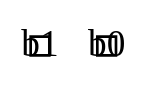
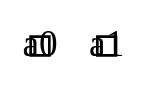
Before and after one commit to stefanrinderle/SoftViz3D: the diagram in protected/runtime/temp.dot, drawn with Graphviz. The commit also changed 3 other files, not shown here.

```diff
--- a/protected/runtime/temp.dot
+++ b/protected/runtime/temp.dot
@@ -1,4 +1,4 @@
 digraph G {
-    b1 [ shape=rectangle,width=0.1,height=0.1,fixedsize=true,id=22782,type=1,metric1="",metric2="" ];
-    b0 [ shape=rectangle,width=0.1,height=0.1,fixedsize=true,id=22781,type=1,metric1="",metric2="" ];
+    a0 [ shape=rectangle,width=0.1,height=0.1,fixedsize=true,id=22819,type=1,metric1="",metric2="" ];
+    a1 [ shape=rectangle,width=0.1,height=0.1,fixedsize=true,id=22820,type=1,metric1="",metric2="" ];
 }
```
